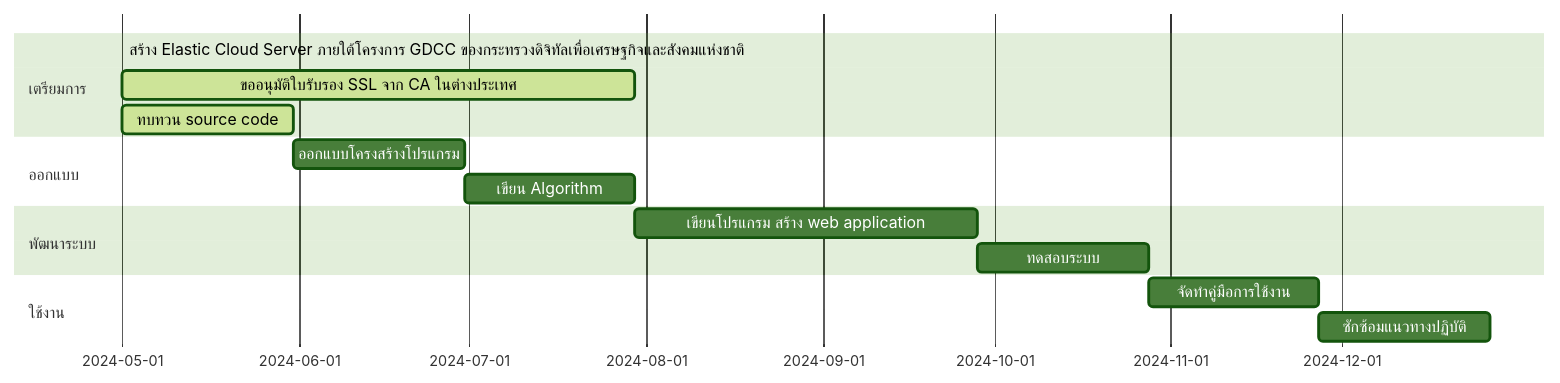
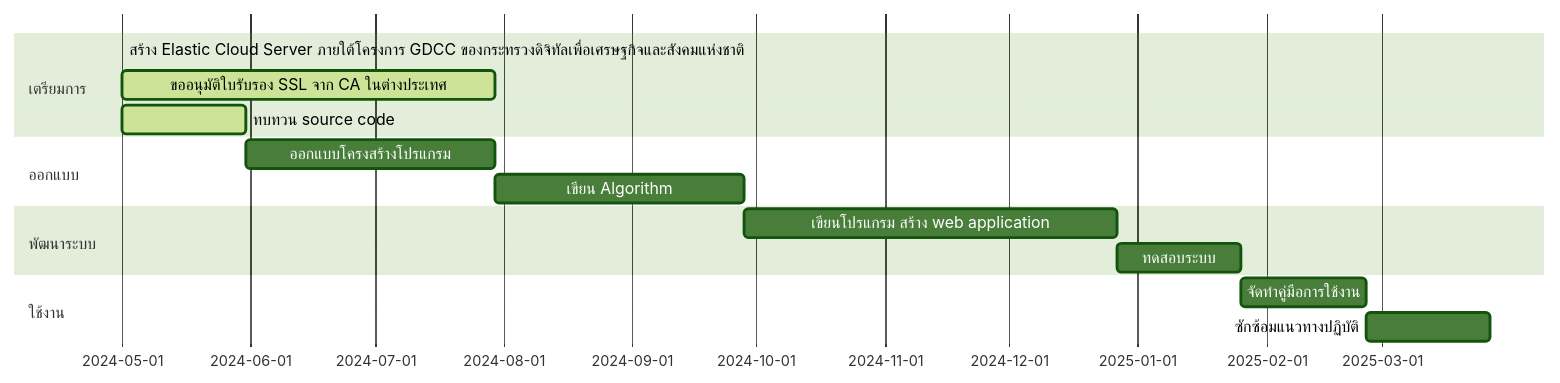
One commit to Kietpawpan/e-tracking changed the first of 2 diagrams in README.md. Above: the diagram before and after it, drawn with Mermaid (forest theme).

````diff
--- a/README.md
+++ b/README.md
@@ -10,18 +10,18 @@
 ```mermaid
 gantt
     section เตรียมการ
     สร้าง Elastic Cloud Server ภายใต้โครงการ GDCC ของกระทรวงดิจิทัลเพื่อเศรษฐกิจและสังคมแห่งชาติ :done,    des1, 2024-05-01,2024-05-30
     ขออนุมัติใบรับรอง SSL จาก CA ในต่างประเทศ        :active, des2, after des1, 90d
     ทบทวน source code  :   active, des3, after des1, 30d
     section ออกแบบ
-    ออกแบบโครงสร้างโปรแกรม  :         des4, after des3, 30d
-    เขียน Algorithm:   des5, after des4, 30d
+    ออกแบบโครงสร้างโปรแกรม  :         des4, after des3, 60d
+    เขียน Algorithm:   des5, after des4, 60d
     section พัฒนาระบบ
-    เขียนโปรแกรม สร้าง web application  :  des6, after des5, 60d
+    เขียนโปรแกรม สร้าง web application  :  des6, after des5, 90d
     ทดสอบระบบ:des7, after des6, 30d
    section ใช้งาน
     จัดทำคู่มือการใช้งาน   :         des8, after des7, 30d
     ซักซ้อมแนวทางปฏิบัติ   :         des9, after des8, 30d
 
 
 ```
````
